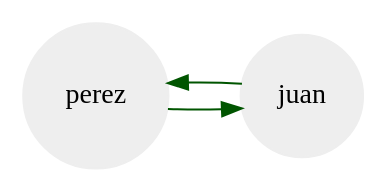
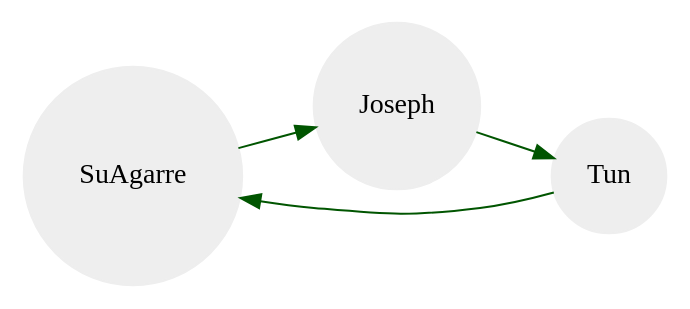
Before and after one commit to Caceres-Joseph/Practica1s12017_201513696: the diagram in src/Images/Grafo/jugadores.dot, drawn with Graphviz. The commit also changed 10 other files, not shown here.

```diff
--- a/src/Images/Grafo/jugadores.dot
+++ b/src/Images/Grafo/jugadores.dot
@@ -1,10 +1,11 @@
 digraph grafo {
 node [shape=circle];
 node [style=filled];
 node [fillcolor="#EEEEEE"];
 node [color="#EEEEEE"];
 edge [color="#005500   #214a89"];
-perez->juan;
-juan->perez;
+SuAgarre->Joseph;
+Joseph->Tun;
+Tun->SuAgarre;
 
 rankdir=LR;}
```
